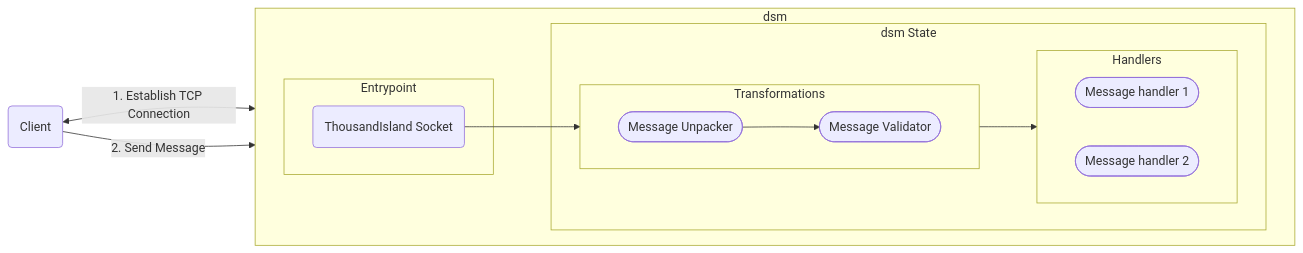
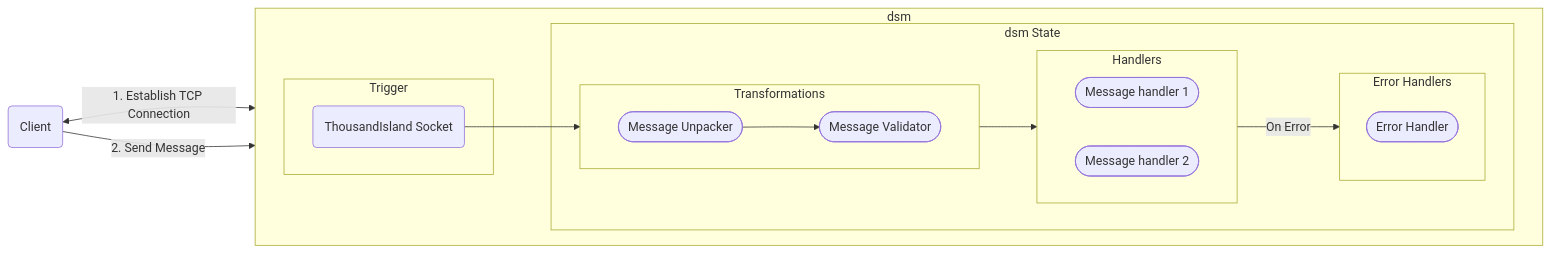
One commit to rahultumpala/dsm changed the diagram in README.md. Above: the diagram before and after it, drawn with Mermaid. The commit also changed other lines of this file, not shown here.

````diff
--- a/README.md
+++ b/README.md
@@ -13,40 +13,46 @@
 ```mermaid
 ---
 config:
     layout: dagre
     theme: mc
-    title: NSM Phases
+    title: DSM Phases
 ---
 flowchart LR
     C(Client)
     
     subgraph dsm
         direction LR
 
-        subgraph Entrypoint
+        subgraph Trigger
             S(ThousandIsland Socket)
         end
 
         subgraph State["dsm State"]
             subgraph Transformations
                 direction LR
                 U@{shape: "stadium", label: "Message Unpacker"}
                 V@{shape: "stadium", label: "Message Validator"}
                 
             end
 
             subgraph Handlers
                 direction LR
                 
                 H@{shape: "stadium", label: "Message handler 1 "}
                 J@{shape: "stadium", label: "Message handler 2 "}
             end
+
+
+            subgraph ErrorHandlers["Error Handlers"]
+                M@{shape: "stadium", label: "Error Handler"}
+            end
         end
     end
     
     C <--> |1. Establish TCP Connection| S
     C -->  |2. Send Message| S
     S --> Transformations
     U --> V
     Transformations --> Handlers
+    Handlers --> |On Error|ErrorHandlers
 ```
````
